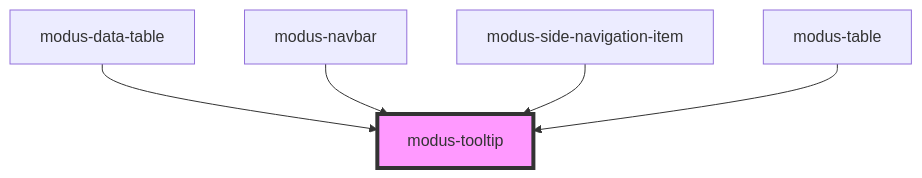
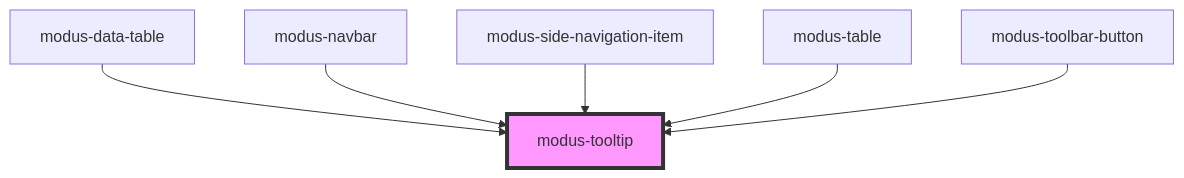
One commit to trimble-oss/modus-web-components changed the diagram in stencil-workspace/src/components/modus-tooltip/readme.md. Above: the diagram before and after it, drawn with Mermaid. The commit also changed other lines of this file and 13 other files, not shown here.

````diff
--- a/stencil-workspace/src/components/modus-tooltip/readme.md
+++ b/stencil-workspace/src/components/modus-tooltip/readme.md
@@ -28,8 +29,9 @@
 ```mermaid
 graph TD;
   modus-data-table --> modus-tooltip
   modus-navbar --> modus-tooltip
   modus-side-navigation-item --> modus-tooltip
   modus-table --> modus-tooltip
+  modus-toolbar-button --> modus-tooltip
   style modus-tooltip fill:#f9f,stroke:#333,stroke-width:4px
 ```
````
